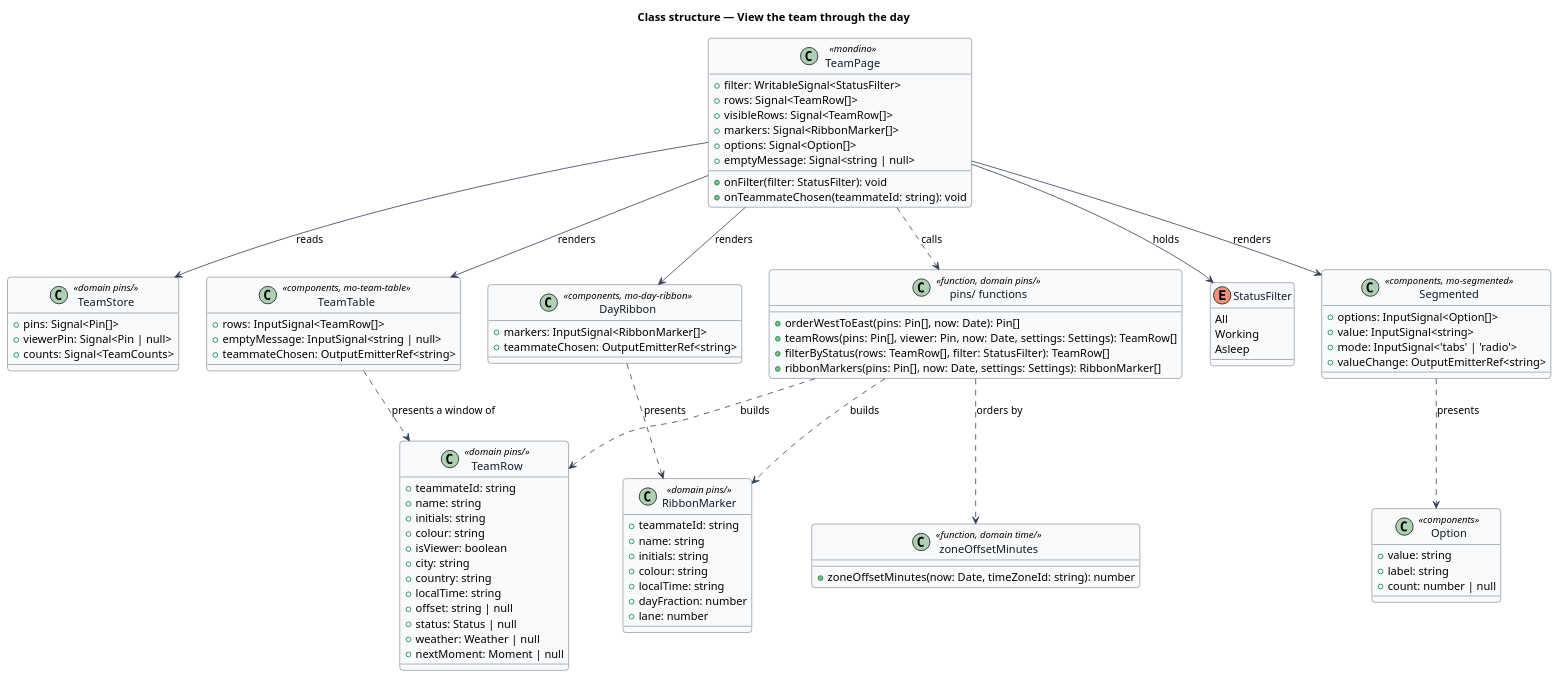
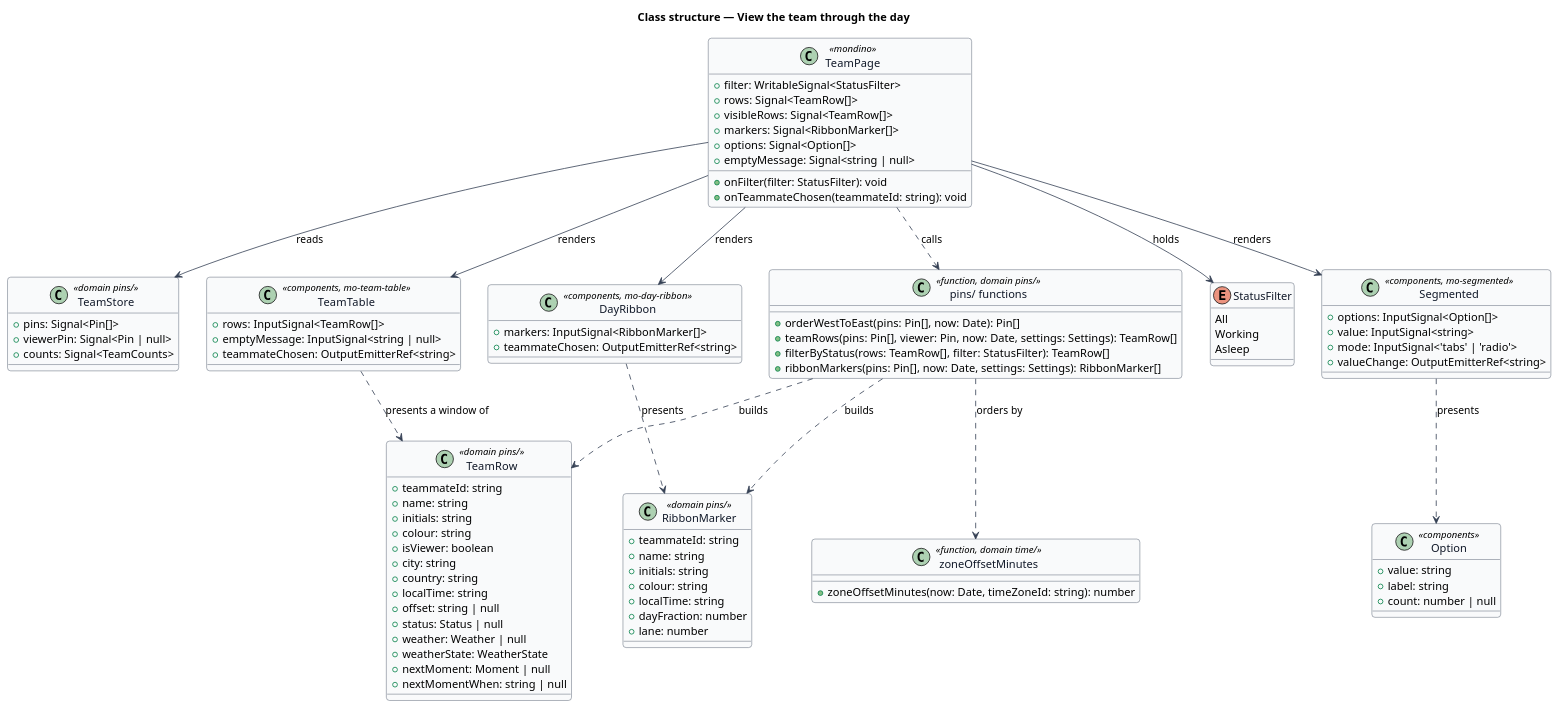
One commit to QuinntyneBrown/Mondino changed the diagram in docs/detailed-designs/team/view-team-through-the-day/diagrams/class-structure.puml. Above: the diagram before and after it, drawn with PlantUML. The commit also changed 4 other files, not shown here.

```diff
--- a/docs/detailed-designs/team/view-team-through-the-day/diagrams/class-structure.puml
+++ b/docs/detailed-designs/team/view-team-through-the-day/diagrams/class-structure.puml
@@ -1,109 +1,111 @@
 @startuml
 skinparam backgroundColor #FFFFFF
 skinparam shadowing false
 skinparam roundcorner 8
 skinparam defaultFontName Arial
 skinparam ArrowColor #344054
 skinparam class {
   BorderColor #344054
   FontColor #101828
   BackgroundColor #F9FAFB
 }
 title Class structure — View the team through the day
 
 class TeamPage <<mondino>> {
   +filter: WritableSignal<StatusFilter>
   +rows: Signal<TeamRow[]>
   +visibleRows: Signal<TeamRow[]>
   +markers: Signal<RibbonMarker[]>
   +options: Signal<Option[]>
   +emptyMessage: Signal<string | null>
   +onFilter(filter: StatusFilter): void
   +onTeammateChosen(teammateId: string): void
 }
 
 class TeamStore <<domain pins/>> {
   +pins: Signal<Pin[]>
   +viewerPin: Signal<Pin | null>
   +counts: Signal<TeamCounts>
 }
 
 class "pins/ functions" as fn <<function, domain pins/>> {
   +orderWestToEast(pins: Pin[], now: Date): Pin[]
   +teamRows(pins: Pin[], viewer: Pin, now: Date, settings: Settings): TeamRow[]
   +filterByStatus(rows: TeamRow[], filter: StatusFilter): TeamRow[]
   +ribbonMarkers(pins: Pin[], now: Date, settings: Settings): RibbonMarker[]
 }
 
 class "zoneOffsetMinutes" as off <<function, domain time/>> {
   +zoneOffsetMinutes(now: Date, timeZoneId: string): number
 }
 
 enum StatusFilter {
   All
   Working
   Asleep
 }
 
 class TeamRow <<domain pins/>> {
   +teammateId: string
   +name: string
   +initials: string
   +colour: string
   +isViewer: boolean
   +city: string
   +country: string
   +localTime: string
   +offset: string | null
   +status: Status | null
   +weather: Weather | null
+  +weatherState: WeatherState
   +nextMoment: Moment | null
+  +nextMomentWhen: string | null
 }
 
 class RibbonMarker <<domain pins/>> {
   +teammateId: string
   +name: string
   +initials: string
   +colour: string
   +localTime: string
   +dayFraction: number
   +lane: number
 }
 
 class Option <<components>> {
   +value: string
   +label: string
   +count: number | null
 }
 
 class DayRibbon <<components, mo-day-ribbon>> {
   +markers: InputSignal<RibbonMarker[]>
   +teammateChosen: OutputEmitterRef<string>
 }
 
 class Segmented <<components, mo-segmented>> {
   +options: InputSignal<Option[]>
   +value: InputSignal<string>
   +mode: InputSignal<'tabs' | 'radio'>
   +valueChange: OutputEmitterRef<string>
 }
 
 class TeamTable <<components, mo-team-table>> {
   +rows: InputSignal<TeamRow[]>
   +emptyMessage: InputSignal<string | null>
   +teammateChosen: OutputEmitterRef<string>
 }
 
 TeamPage --> TeamStore : reads
 TeamPage ..> fn : calls
 TeamPage --> StatusFilter : holds
 TeamPage --> DayRibbon : renders
 TeamPage --> Segmented : renders
 TeamPage --> TeamTable : renders
 fn ..> off : orders by
 fn ..> TeamRow : builds
 fn ..> RibbonMarker : builds
 DayRibbon ..> RibbonMarker : presents
 Segmented ..> Option : presents
 TeamTable ..> TeamRow : presents a window of
 @enduml
```
